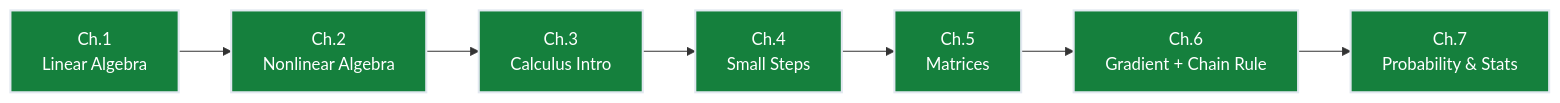
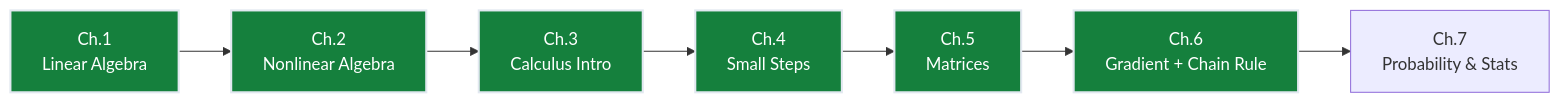
The diagram in notes/00-math-under-the-hood/ch06_gradient_chain_rule/README.md (dsgouda7/ai-portfolio), drawn with Mermaid before and after one commit. The commit also changed 98 other files, not shown here.

````diff
--- a/notes/00-math-under-the-hood/ch06_gradient_chain_rule/README.md
+++ b/notes/00-math-under-the-hood/ch06_gradient_chain_rule/README.md
@@ -1028,14 +1028,14 @@
 ```mermaid
 graph LR
  C1["Ch.1\nLinear Algebra"]:::done
  C2["Ch.2\nNonlinear Algebra"]:::done
  C3["Ch.3\nCalculus Intro"]:::done
  C4["Ch.4\nSmall Steps"]:::done
  C5["Ch.5\nMatrices"]:::done
  C6["Ch.6\nGradient + Chain Rule"]:::done
- C7["Ch.7\nProbability & Stats"]:::done
+ C7["Ch.7\nProbability & Stats"]
  C1 --> C2 --> C3 --> C4 --> C5 --> C6 --> C7
  classDef done fill:#15803d,stroke:#e2e8f0,stroke-width:2px,color:#ffffff
  classDef current fill:#1d4ed8,stroke:#e2e8f0,stroke-width:2px,color:#ffffff
  classDef upcoming fill:#1e3a8a,stroke:#e2e8f0,stroke-width:2px,color:#ffffff
 ```
````
